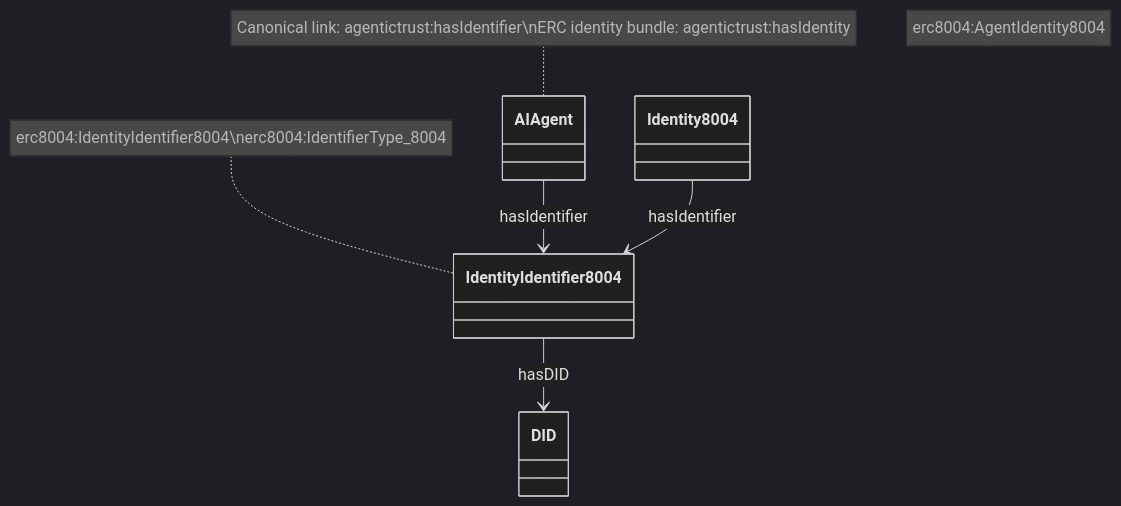
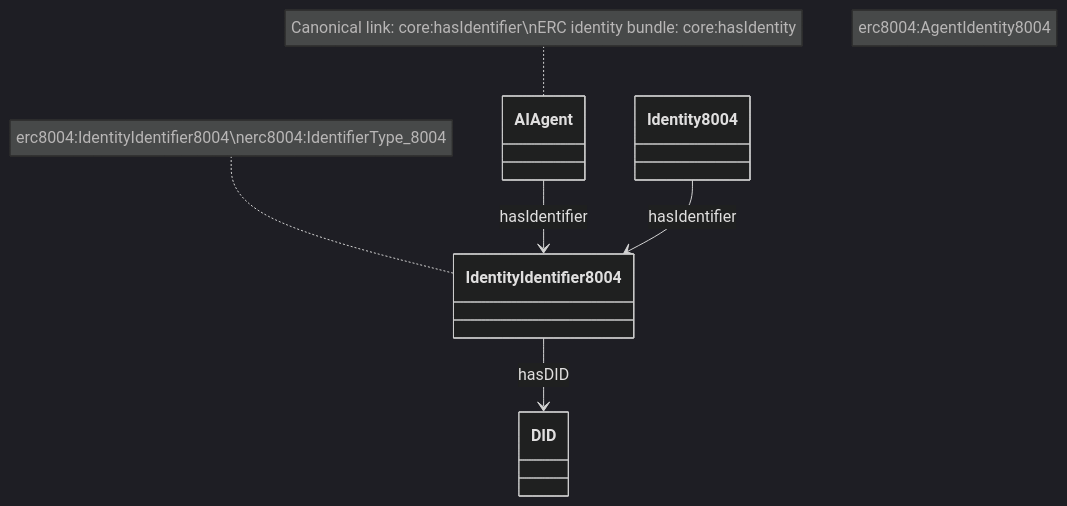
Before and after one commit to Agentic-Trust-Layer/agent-explorer: the fifth of 6 diagrams in docs/ontology/identifiers.md, drawn with Mermaid (dark theme). The commit also changed other lines of this file and 49 other files, not shown here.

````diff
--- a/docs/ontology/identifiers.md
+++ b/docs/ontology/identifiers.md
@@ -190,15 +190,15 @@
 ```mermaid
 classDiagram
     class AIAgent
     class Identity8004
     class IdentityIdentifier8004
     class DID
     
     AIAgent --> IdentityIdentifier8004 : hasIdentifier
     Identity8004 --> IdentityIdentifier8004 : hasIdentifier
     IdentityIdentifier8004 --> DID : hasDID
     
-    note for AIAgent "Canonical link: agentictrust:hasIdentifier\nERC identity bundle: agentictrust:hasIdentity"
+    note for AIAgent "Canonical link: core:hasIdentifier\nERC identity bundle: core:hasIdentity"
     note for AgentIdentity8004 "erc8004:AgentIdentity8004"
     note for IdentityIdentifier8004 "erc8004:IdentityIdentifier8004\nerc8004:IdentifierType_8004"
 ```
````
